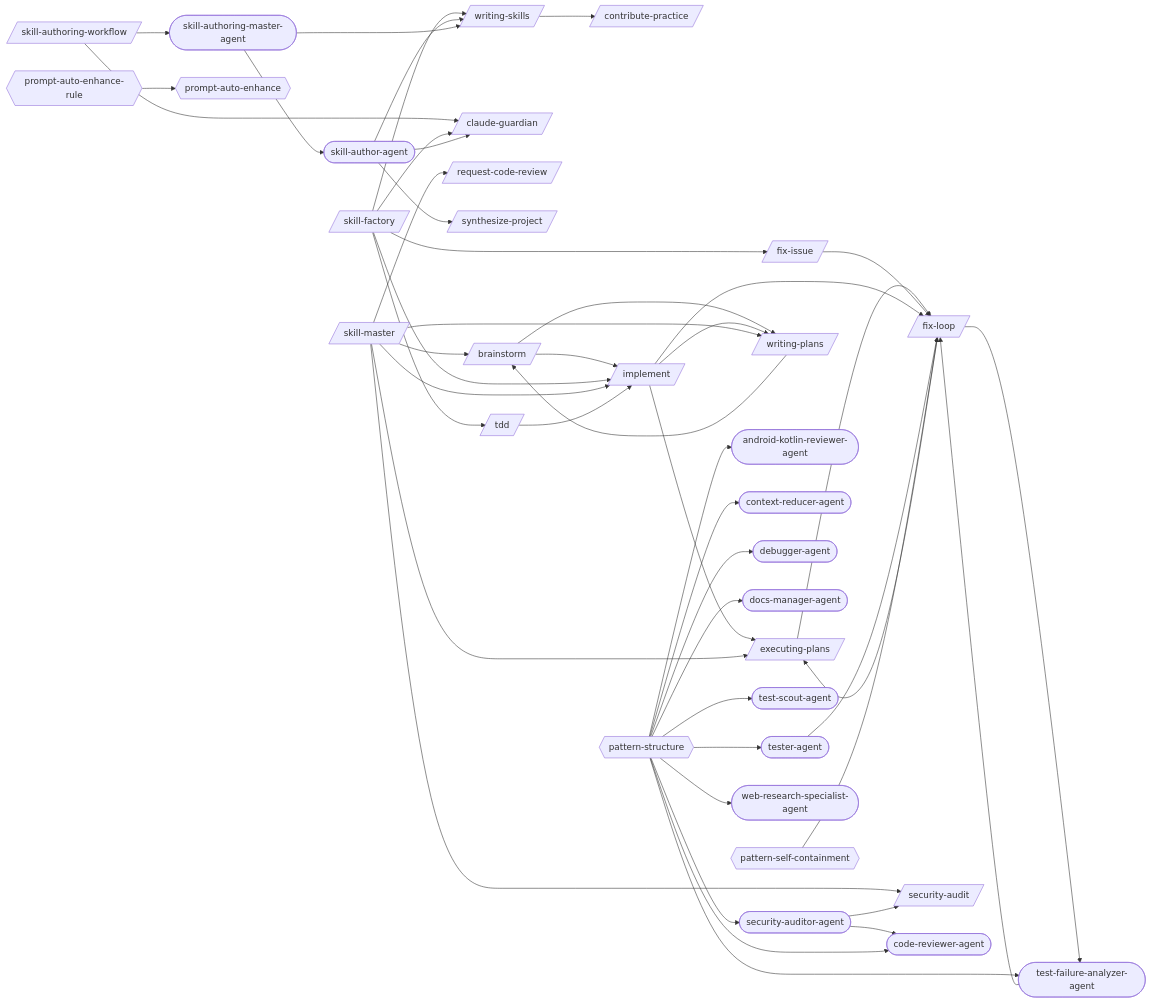
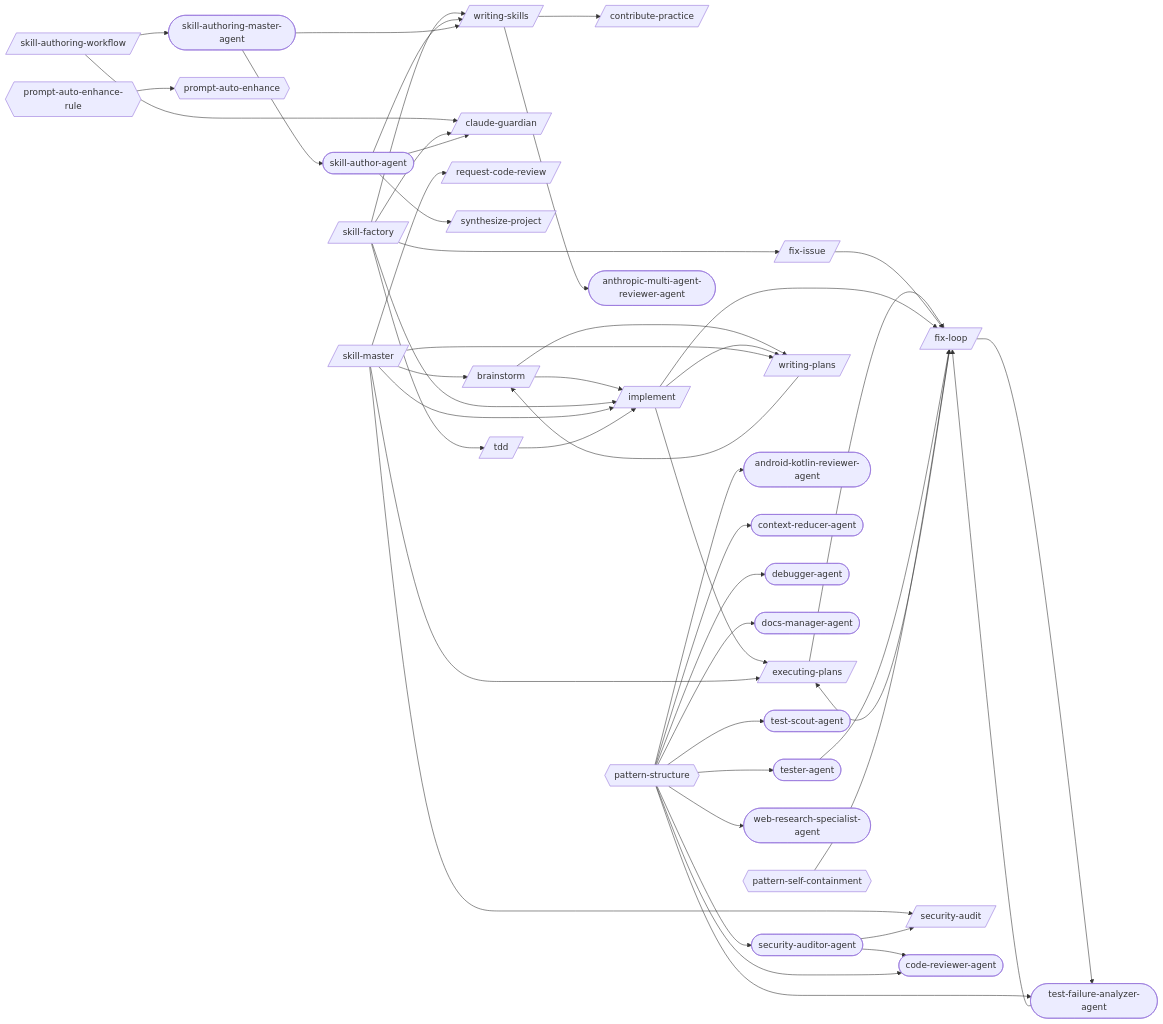
One commit to abhayla/claude-best-practices changed the first of 2 diagrams in docs/workflows/skill-authoring.md. Above: the diagram before and after it, drawn with Mermaid. The commit also changed other lines of this file and 13 other files, not shown here.

```diff
--- a/docs/workflows/skill-authoring.md
+++ b/docs/workflows/skill-authoring.md
@@ -25,6 +25,7 @@
     writing_plans[/writing-plans/]
     writing_skills[/writing-skills/]
     android_kotlin_reviewer_agent([android-kotlin-reviewer-agent])
+    anthropic_multi_agent_reviewer_agent([anthropic-multi-agent-reviewer-agent])
     code_reviewer_agent([code-reviewer-agent])
     context_reducer_agent([context-reducer-agent])
     debugger_agent([debugger-agent])
@@ -65,6 +66,7 @@
     tdd --> implement
     writing_plans --> brainstorm
     writing_skills --> contribute_practice
+    writing_skills --> anthropic_multi_agent_reviewer_agent
     security_auditor_agent --> security_audit
     security_auditor_agent --> code_reviewer_agent
     skill_author_agent --> claude_guardian
```
